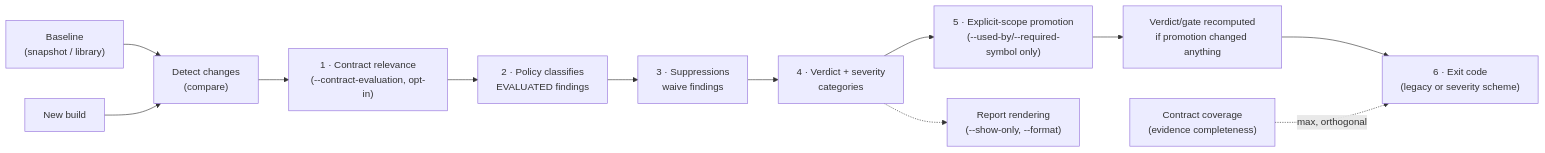
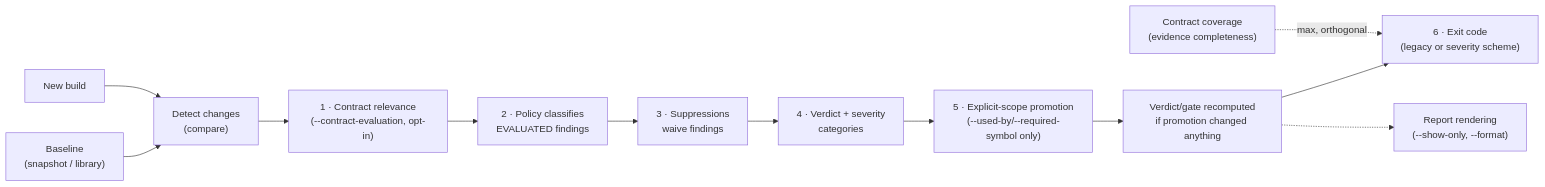
Before and after one commit to abicheck/abicheck: the diagram in docs/use/ci-gating.md, drawn with Mermaid. The commit also changed 2 other files, not shown here.

````diff
--- a/docs/use/ci-gating.md
+++ b/docs/use/ci-gating.md
@@ -26,14 +26,14 @@
 ```mermaid
 flowchart LR
     B["Baseline<br/>(snapshot / library)"] --> D["Detect changes<br/>(compare)"]
     N["New build"] --> D
     D --> CR["1 · Contract relevance<br/>(--contract-evaluation, opt-in)"]
     CR --> P["2 · Policy classifies<br/>EVALUATED findings"]
     P --> S["3 · Suppressions<br/>waive findings"]
     S --> V["4 · Verdict + severity<br/>categories"]
     V --> PR["5 · Explicit-scope promotion<br/>(--used-by/--required-symbol only)"]
     PR --> V2["Verdict/gate recomputed<br/>if promotion changed anything"]
     V2 --> E["6 · Exit code<br/>(legacy or severity scheme)"]
     CC["Contract coverage<br/>(evidence completeness)"] -.->|max, orthogonal| E
-    V -.-> R["Report rendering<br/>(--show-only, --format)"]
+    V2 -.-> R["Report rendering<br/>(--show-only, --format)"]
 ```
````
